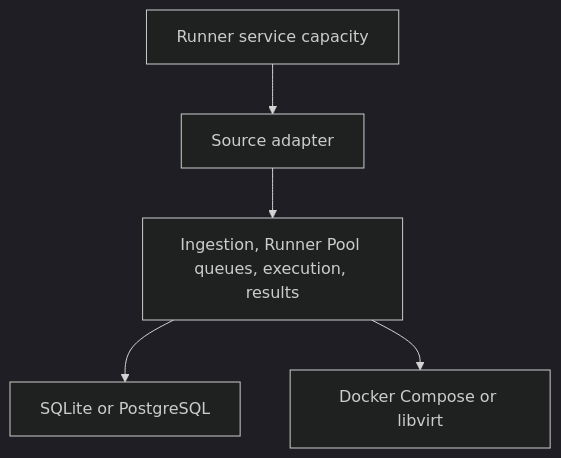
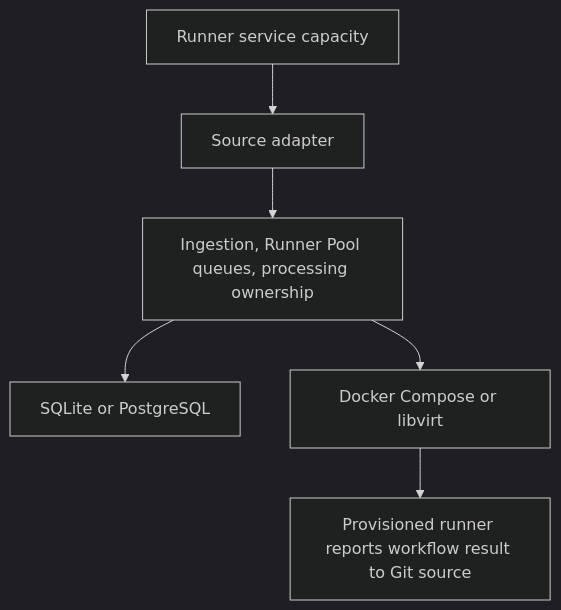
The diagram in docs/architecture.md (stateshifters/runnerfoundry), drawn with Mermaid (dark theme) before and after one commit. The commit also changed other lines of this file and 90 other files, not shown here.

````diff
--- a/docs/architecture.md
+++ b/docs/architecture.md
@@ -62,7 +63,8 @@
 ```mermaid
 flowchart TB
-    Adapter["Source adapter"] --> Core["Ingestion, Runner Pool queues, execution, results"]
+    Adapter["Source adapter"] --> Core["Ingestion, Runner Pool queues, processing ownership"]
     Core --> State["SQLite or PostgreSQL"]
     Core --> Provider["Docker Compose or libvirt"]
+    Provider --> Source["Provisioned runner reports workflow result to Git source"]
     Capacity["Runner service capacity"] --> Adapter
 ```
````
